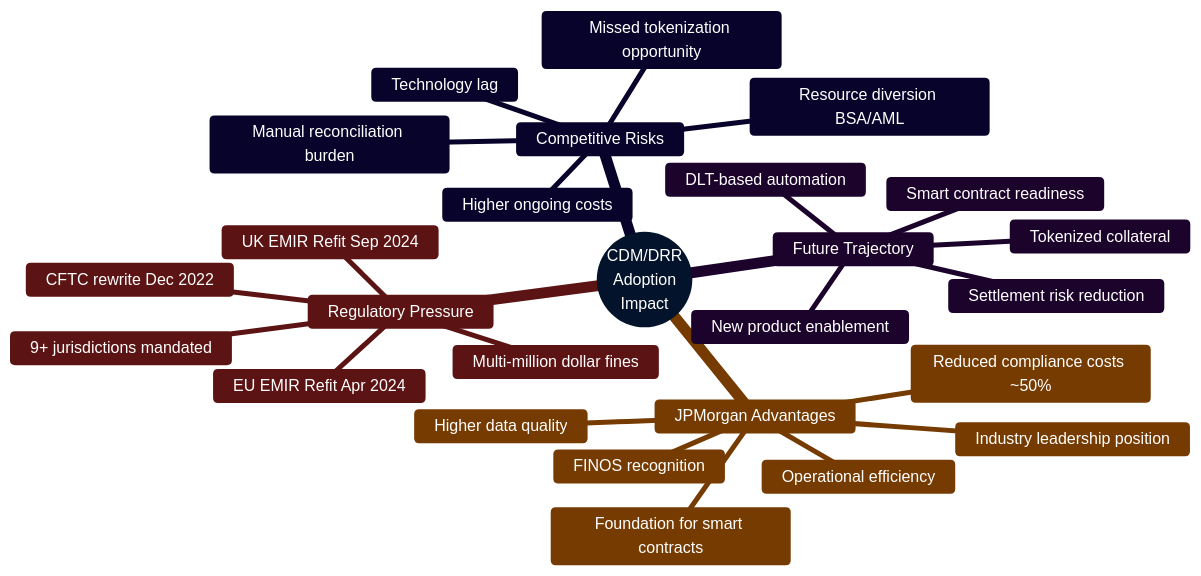
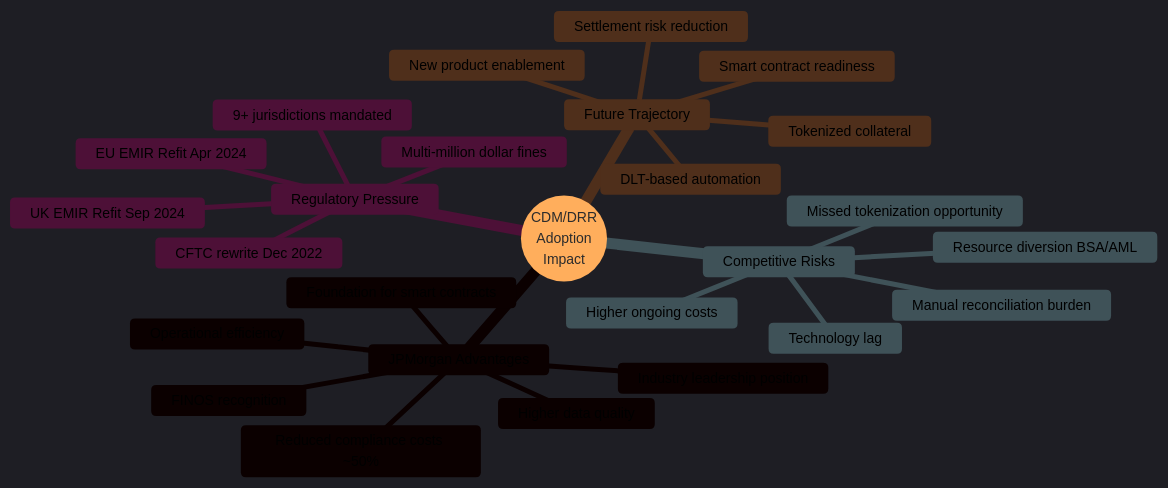
The fourth of 5 diagrams in CDM_DRR_Maturity_Infographic.md (mjpensa/test-mermaid), drawn with Mermaid before and after one commit.

Commit message:
Make all text white in Strategic Implications mindmap

````diff
--- a/CDM_DRR_Maturity_Infographic.md
+++ b/CDM_DRR_Maturity_Infographic.md
@@ -116,34 +116,34 @@
 ```mermaid
-%%{init: {'theme':'base', 'themeVariables': { 'primaryColor':'#0d47a1','primaryTextColor':'#fff','secondaryColor':'#f57c00','secondaryTextColor':'#fff','tertiaryColor':'#c62828','tertiaryTextColor':'#fff','fontFamily':'arial'}}}%%
+%%{init: {'theme':'dark', 'themeVariables': { 'darkMode':'true','primaryColor':'#0d47a1','primaryTextColor':'#ffffff','primaryBorderColor':'#ffffff','secondaryColor':'#f57c00','secondaryTextColor':'#ffffff','secondaryBorderColor':'#ffffff','tertiaryColor':'#c62828','tertiaryTextColor':'#ffffff','tertiaryBorderColor':'#ffffff','noteBkgColor':'#0d47a1','noteTextColor':'#ffffff','fontFamily':'arial','fontSize':'14px'}}}%%
 
 mindmap
   root((CDM/DRR<br/>Adoption<br/>Impact))
     JPMorgan Advantages
       Reduced compliance costs ~50%
       Higher data quality
       Operational efficiency
       Foundation for smart contracts
       Industry leadership position
       FINOS recognition
     
     Regulatory Pressure
       CFTC rewrite Dec 2022
       EU EMIR Refit Apr 2024
       UK EMIR Refit Sep 2024
       Multi-million dollar fines
       9+ jurisdictions mandated
     
     Competitive Risks
       Technology lag
       Higher ongoing costs
       Manual reconciliation burden
       Missed tokenization opportunity
       Resource diversion BSA/AML
     
     Future Trajectory
       Smart contract readiness
       DLT-based automation
       Tokenized collateral
       Settlement risk reduction
       New product enablement
 ```
````
